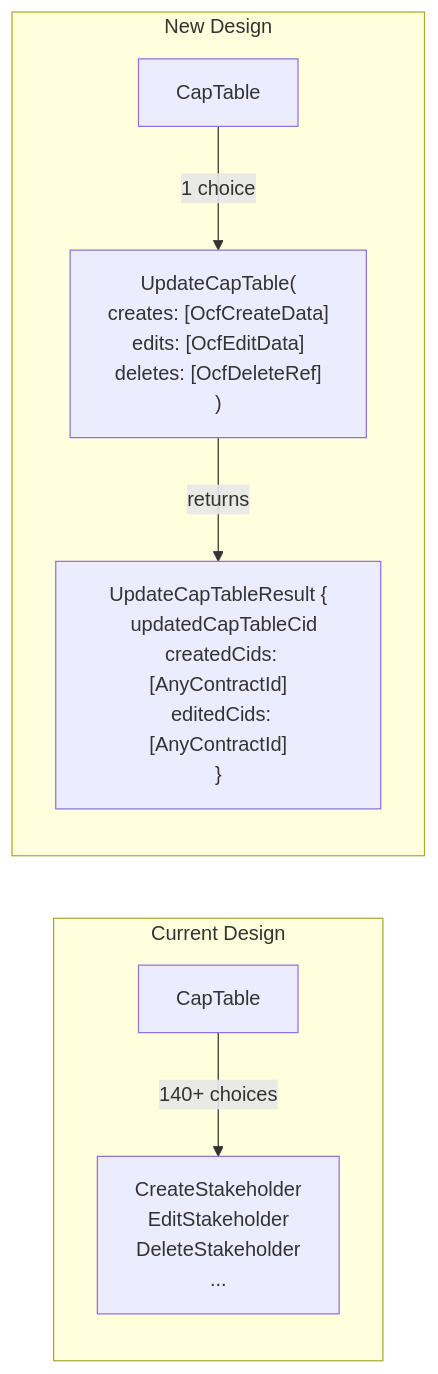
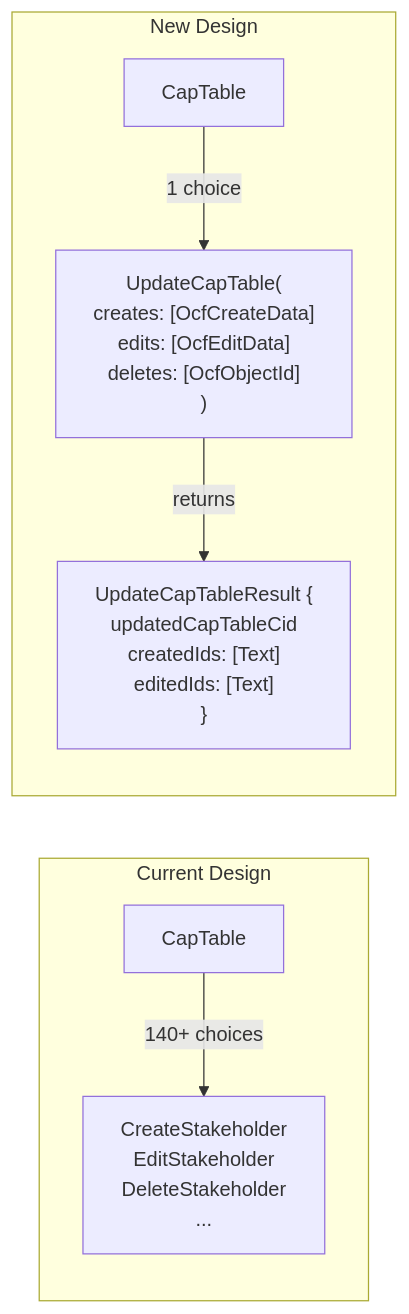
The diagram in tasks/2026/01/2026.01.08-batch-captable-redesign.md (Fairmint/open-captable-protocol-daml), drawn with Mermaid before and after one commit. The commit also changed other lines of this file and 2 other files, not shown here.

First line of the commit message:
Refactor: Update CapTable to use batch API and OCF IDs

````diff
--- a/tasks/2026/01/2026.01.08-batch-captable-redesign.md
+++ b/tasks/2026/01/2026.01.08-batch-captable-redesign.md
@@ -27,11 +27,11 @@
 ```mermaid
 flowchart LR
     subgraph Before["Current Design"]
         CT1[CapTable] -->|"140+ choices"| Choices["CreateStakeholder\nEditStakeholder\nDeleteStakeholder\n..."]
     end
 
     subgraph After["New Design"]
-        CT2[CapTable] -->|"1 choice"| Batch["UpdateCapTable(\n  creates: [OcfCreateData]\n  edits: [OcfEditData]\n  deletes: [OcfDeleteRef]\n)"]
-        Batch -->|returns| Result["UpdateCapTableResult {\n  updatedCapTableCid\n  createdCids: [AnyContractId]\n  editedCids: [AnyContractId]\n}"]
+        CT2[CapTable] -->|"1 choice"| Batch["UpdateCapTable(\n  creates: [OcfCreateData]\n  edits: [OcfEditData]\n  deletes: [OcfObjectId]\n)"]
+        Batch -->|returns| Result["UpdateCapTableResult {\n  updatedCapTableCid\n  createdIds: [Text]\n  editedIds: [Text]\n}"]
     end
 ```
````
